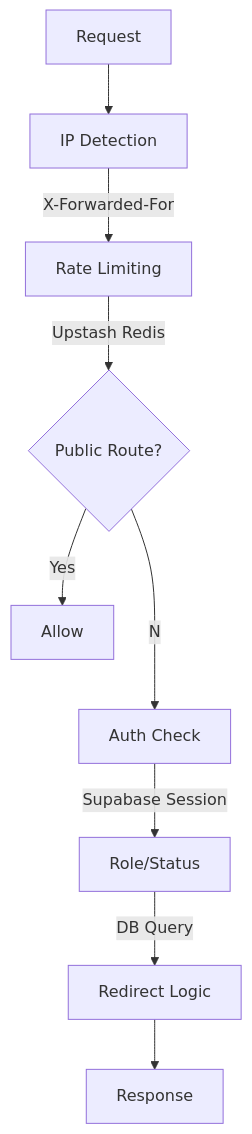
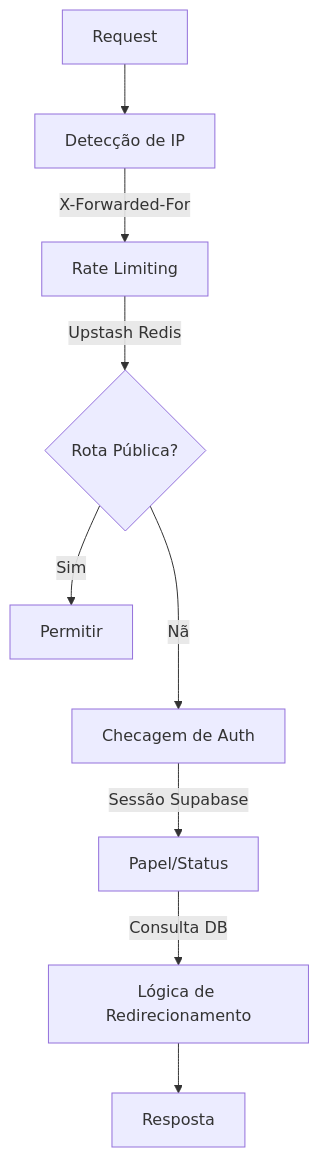
Before and after one commit to TavaresBugs/journal-nextjs: the diagram in docs/security.md, drawn with Mermaid. The commit also changed other lines of this file and 1 other file, not shown here.

````diff
--- a/docs/security.md
+++ b/docs/security.md
@@ -46,11 +47,11 @@
 ```mermaid
 graph TD
-    A[Request] --> B[IP Detection]
+    A[Request] --> B[Detecção de IP]
     B -->|X-Forwarded-For| C[Rate Limiting]
-    C -->|Upstash Redis| D{Public Route?}
-    D --Yes--> E[Allow]
-    D --No--> F[Auth Check]
-    F -->|Supabase Session| G[Role/Status]
-    G -->|DB Query| H[Redirect Logic]
-    H --> I[Response]
+    C -->|Upstash Redis| D{Rota Pública?}
+    D --Sim--> E[Permitir]
+    D --Não--> F[Checagem de Auth]
+    F -->|Sessão Supabase| G[Papel/Status]
+    G -->|Consulta DB| H[Lógica de Redirecionamento]
+    H --> I[Resposta]
 ```
````
